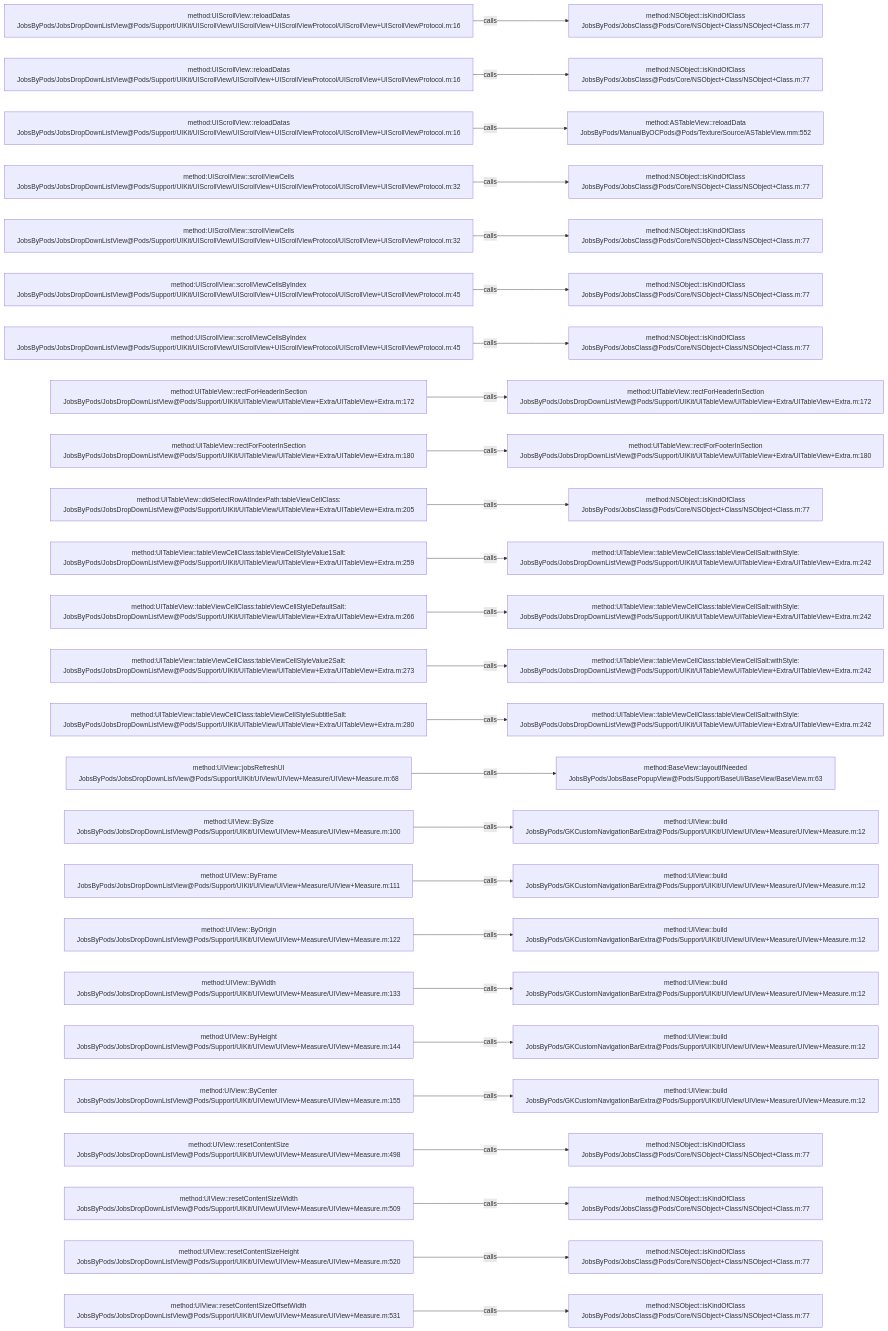
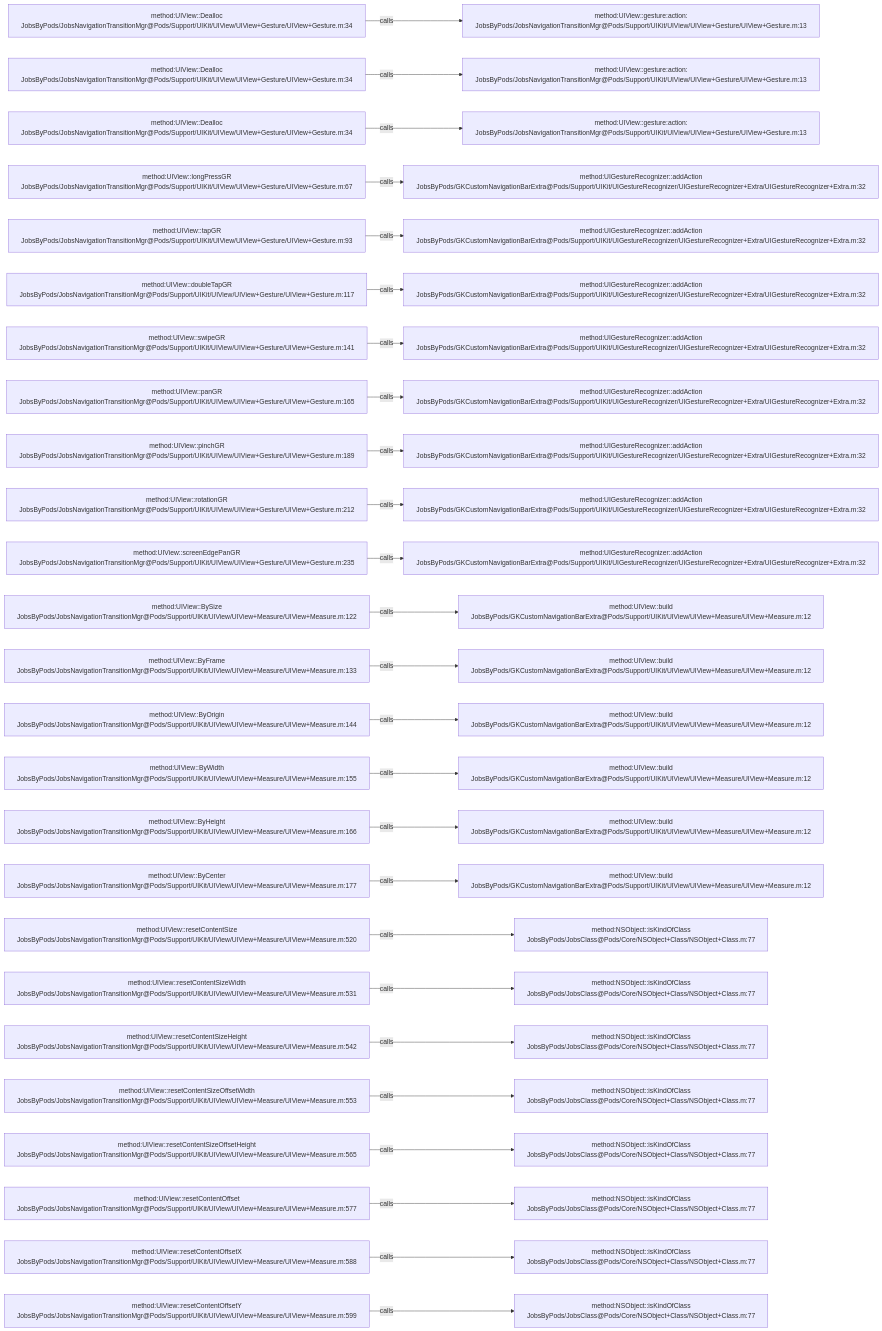
Before and after one commit to JobsKits/JobsOCBaseConfigDemo: the diagram in .codegraph/codegraph.md/graphs/calls-093.md, drawn with Mermaid. The commit also changed 573 other files, not shown here.

````diff
--- a/.codegraph/codegraph.md/graphs/calls-093.md
+++ b/.codegraph/codegraph.md/graphs/calls-093.md
@@ -13,78 +13,78 @@
 ```mermaid
 flowchart LR
-  S1["method:UIScrollView::reloadDatas<br/>JobsByPods/JobsDropDownListView@Pods/Support/UIKit/UIScrollView/UIScrollView+UIScrollViewProtocol/UIScrollView+UIScrollViewProtocol.m:16"]
-  T1["method:NSObject::isKindOfClass<br/>JobsByPods/JobsClass@Pods/Core/NSObject+Class/NSObject+Class.m:77"]
+  S1["method:UIView::Dealloc<br/>JobsByPods/JobsNavigationTransitionMgr@Pods/Support/UIKit/UIView/UIView+Gesture/UIView+Gesture.m:34"]
+  T1["method:UIView::gesture:action:<br/>JobsByPods/JobsNavigationTransitionMgr@Pods/Support/UIKit/UIView/UIView+Gesture/UIView+Gesture.m:13"]
   S1 -->|calls| T1
-  S2["method:UIScrollView::reloadDatas<br/>JobsByPods/JobsDropDownListView@Pods/Support/UIKit/UIScrollView/UIScrollView+UIScrollViewProtocol/UIScrollView+UIScrollViewProtocol.m:16"]
-  T2["method:NSObject::isKindOfClass<br/>JobsByPods/JobsClass@Pods/Core/NSObject+Class/NSObject+Class.m:77"]
+  S2["method:UIView::Dealloc<br/>JobsByPods/JobsNavigationTransitionMgr@Pods/Support/UIKit/UIView/UIView+Gesture/UIView+Gesture.m:34"]
+  T2["method:UIView::gesture:action:<br/>JobsByPods/JobsNavigationTransitionMgr@Pods/Support/UIKit/UIView/UIView+Gesture/UIView+Gesture.m:13"]
   S2 -->|calls| T2
-  S3["method:UIScrollView::reloadDatas<br/>JobsByPods/JobsDropDownListView@Pods/Support/UIKit/UIScrollView/UIScrollView+UIScrollViewProtocol/UIScrollView+UIScrollViewProtocol.m:16"]
-  T3["method:ASTableView::reloadData<br/>JobsByPods/ManualByOCPods@Pods/Texture/Source/ASTableView.mm:552"]
+  S3["method:UIView::Dealloc<br/>JobsByPods/JobsNavigationTransitionMgr@Pods/Support/UIKit/UIView/UIView+Gesture/UIView+Gesture.m:34"]
+  T3["method:UIView::gesture:action:<br/>JobsByPods/JobsNavigationTransitionMgr@Pods/Support/UIKit/UIView/UIView+Gesture/UIView+Gesture.m:13"]
   S3 -->|calls| T3
-  S4["method:UIScrollView::scrollViewCells<br/>JobsByPods/JobsDropDownListView@Pods/Support/UIKit/UIScrollView/UIScrollView+UIScrollViewProtocol/UIScrollView+UIScrollViewProtocol.m:32"]
-  T4["method:NSObject::isKindOfClass<br/>JobsByPods/JobsClass@Pods/Core/NSObject+Class/NSObject+Class.m:77"]
+  S4["method:UIView::longPressGR<br/>JobsByPods/JobsNavigationTransitionMgr@Pods/Support/UIKit/UIView/UIView+Gesture/UIView+Gesture.m:67"]
+  T4["method:UIGestureRecognizer::addAction<br/>JobsByPods/GKCustomNavigationBarExtra@Pods/Support/UIKit/UIGestureRecognizer/UIGestureRecognizer+Extra/UIGestureRecognizer+Extra.m:32"]
   S4 -->|calls| T4
-  S5["method:UIScrollView::scrollViewCells<br/>JobsByPods/JobsDropDownListView@Pods/Support/UIKit/UIScrollView/UIScrollView+UIScrollViewProtocol/UIScrollView+UIScrollViewProtocol.m:32"]
-  T5["method:NSObject::isKindOfClass<br/>JobsByPods/JobsClass@Pods/Core/NSObject+Class/NSObject+Class.m:77"]
+  S5["method:UIView::tapGR<br/>JobsByPods/JobsNavigationTransitionMgr@Pods/Support/UIKit/UIView/UIView+Gesture/UIView+Gesture.m:93"]
+  T5["method:UIGestureRecognizer::addAction<br/>JobsByPods/GKCustomNavigationBarExtra@Pods/Support/UIKit/UIGestureRecognizer/UIGestureRecognizer+Extra/UIGestureRecognizer+Extra.m:32"]
   S5 -->|calls| T5
-  S6["method:UIScrollView::scrollViewCellsByIndex<br/>JobsByPods/JobsDropDownListView@Pods/Support/UIKit/UIScrollView/UIScrollView+UIScrollViewProtocol/UIScrollView+UIScrollViewProtocol.m:45"]
-  T6["method:NSObject::isKindOfClass<br/>JobsByPods/JobsClass@Pods/Core/NSObject+Class/NSObject+Class.m:77"]
+  S6["method:UIView::doubleTapGR<br/>JobsByPods/JobsNavigationTransitionMgr@Pods/Support/UIKit/UIView/UIView+Gesture/UIView+Gesture.m:117"]
+  T6["method:UIGestureRecognizer::addAction<br/>JobsByPods/GKCustomNavigationBarExtra@Pods/Support/UIKit/UIGestureRecognizer/UIGestureRecognizer+Extra/UIGestureRecognizer+Extra.m:32"]
   S6 -->|calls| T6
-  S7["method:UIScrollView::scrollViewCellsByIndex<br/>JobsByPods/JobsDropDownListView@Pods/Support/UIKit/UIScrollView/UIScrollView+UIScrollViewProtocol/UIScrollView+UIScrollViewProtocol.m:45"]
-  T7["method:NSObject::isKindOfClass<br/>JobsByPods/JobsClass@Pods/Core/NSObject+Class/NSObject+Class.m:77"]
+  S7["method:UIView::swipeGR<br/>JobsByPods/JobsNavigationTransitionMgr@Pods/Support/UIKit/UIView/UIView+Gesture/UIView+Gesture.m:141"]
+  T7["method:UIGestureRecognizer::addAction<br/>JobsByPods/GKCustomNavigationBarExtra@Pods/Support/UIKit/UIGestureRecognizer/UIGestureRecognizer+Extra/UIGestureRecognizer+Extra.m:32"]
   S7 -->|calls| T7
-  S8["method:UITableView::rectForHeaderInSection<br/>JobsByPods/JobsDropDownListView@Pods/Support/UIKit/UITableView/UITableView+Extra/UITableView+Extra.m:172"]
-  T8["method:UITableView::rectForHeaderInSection<br/>JobsByPods/JobsDropDownListView@Pods/Support/UIKit/UITableView/UITableView+Extra/UITableView+Extra.m:172"]
+  S8["method:UIView::panGR<br/>JobsByPods/JobsNavigationTransitionMgr@Pods/Support/UIKit/UIView/UIView+Gesture/UIView+Gesture.m:165"]
+  T8["method:UIGestureRecognizer::addAction<br/>JobsByPods/GKCustomNavigationBarExtra@Pods/Support/UIKit/UIGestureRecognizer/UIGestureRecognizer+Extra/UIGestureRecognizer+Extra.m:32"]
   S8 -->|calls| T8
-  S9["method:UITableView::rectForFooterInSection<br/>JobsByPods/JobsDropDownListView@Pods/Support/UIKit/UITableView/UITableView+Extra/UITableView+Extra.m:180"]
-  T9["method:UITableView::rectForFooterInSection<br/>JobsByPods/JobsDropDownListView@Pods/Support/UIKit/UITableView/UITableView+Extra/UITableView+Extra.m:180"]
+  S9["method:UIView::pinchGR<br/>JobsByPods/JobsNavigationTransitionMgr@Pods/Support/UIKit/UIView/UIView+Gesture/UIView+Gesture.m:189"]
+  T9["method:UIGestureRecognizer::addAction<br/>JobsByPods/GKCustomNavigationBarExtra@Pods/Support/UIKit/UIGestureRecognizer/UIGestureRecognizer+Extra/UIGestureRecognizer+Extra.m:32"]
   S9 -->|calls| T9
-  S10["method:UITableView::didSelectRowAtIndexPath:tableViewCellClass:<br/>JobsByPods/JobsDropDownListView@Pods/Support/UIKit/UITableView/UITableView+Extra/UITableView+Extra.m:205"]
-  T10["method:NSObject::isKindOfClass<br/>JobsByPods/JobsClass@Pods/Core/NSObject+Class/NSObject+Class.m:77"]
+  S10["method:UIView::rotationGR<br/>JobsByPods/JobsNavigationTransitionMgr@Pods/Support/UIKit/UIView/UIView+Gesture/UIView+Gesture.m:212"]
+  T10["method:UIGestureRecognizer::addAction<br/>JobsByPods/GKCustomNavigationBarExtra@Pods/Support/UIKit/UIGestureRecognizer/UIGestureRecognizer+Extra/UIGestureRecognizer+Extra.m:32"]
   S10 -->|calls| T10
-  S11["method:UITableView::tableViewCellClass:tableViewCellStyleValue1Salt:<br/>JobsByPods/JobsDropDownListView@Pods/Support/UIKit/UITableView/UITableView+Extra/UITableView+Extra.m:259"]
-  T11["method:UITableView::tableViewCellClass:tableViewCellSalt:withStyle:<br/>JobsByPods/JobsDropDownListView@Pods/Support/UIKit/UITableView/UITableView+Extra/UITableView+Extra.m:242"]
+  S11["method:UIView::screenEdgePanGR<br/>JobsByPods/JobsNavigationTransitionMgr@Pods/Support/UIKit/UIView/UIView+Gesture/UIView+Gesture.m:235"]
+  T11["method:UIGestureRecognizer::addAction<br/>JobsByPods/GKCustomNavigationBarExtra@Pods/Support/UIKit/UIGestureRecognizer/UIGestureRecognizer+Extra/UIGestureRecognizer+Extra.m:32"]
   S11 -->|calls| T11
-  S12["method:UITableView::tableViewCellClass:tableViewCellStyleDefaultSalt:<br/>JobsByPods/JobsDropDownListView@Pods/Support/UIKit/UITableView/UITableView+Extra/UITableView+Extra.m:266"]
-  T12["method:UITableView::tableViewCellClass:tableViewCellSalt:withStyle:<br/>JobsByPods/JobsDropDownListView@Pods/Support/UIKit/UITableView/UITableView+Extra/UITableView+Extra.m:242"]
+  S12["method:UIView::BySize<br/>JobsByPods/JobsNavigationTransitionMgr@Pods/Support/UIKit/UIView/UIView+Measure/UIView+Measure.m:122"]
+  T12["method:UIView::build<br/>JobsByPods/GKCustomNavigationBarExtra@Pods/Support/UIKit/UIView/UIView+Measure/UIView+Measure.m:12"]
   S12 -->|calls| T12
-  S13["method:UITableView::tableViewCellClass:tableViewCellStyleValue2Salt:<br/>JobsByPods/JobsDropDownListView@Pods/Support/UIKit/UITableView/UITableView+Extra/UITableView+Extra.m:273"]
-  T13["method:UITableView::tableViewCellClass:tableViewCellSalt:withStyle:<br/>JobsByPods/JobsDropDownListView@Pods/Support/UIKit/UITableView/UITableView+Extra/UITableView+Extra.m:242"]
+  S13["method:UIView::ByFrame<br/>JobsByPods/JobsNavigationTransitionMgr@Pods/Support/UIKit/UIView/UIView+Measure/UIView+Measure.m:133"]
+  T13["method:UIView::build<br/>JobsByPods/GKCustomNavigationBarExtra@Pods/Support/UIKit/UIView/UIView+Measure/UIView+Measure.m:12"]
   S13 -->|calls| T13
-  S14["method:UITableView::tableViewCellClass:tableViewCellStyleSubtitleSalt:<br/>JobsByPods/JobsDropDownListView@Pods/Support/UIKit/UITableView/UITableView+Extra/UITableView+Extra.m:280"]
-  T14["method:UITableView::tableViewCellClass:tableViewCellSalt:withStyle:<br/>JobsByPods/JobsDropDownListView@Pods/Support/UIKit/UITableView/UITableView+Extra/UITableView+Extra.m:242"]
+  S14["method:UIView::ByOrigin<br/>JobsByPods/JobsNavigationTransitionMgr@Pods/Support/UIKit/UIView/UIView+Measure/UIView+Measure.m:144"]
+  T14["method:UIView::build<br/>JobsByPods/GKCustomNavigationBarExtra@Pods/Support/UIKit/UIView/UIView+Measure/UIView+Measure.m:12"]
   S14 -->|calls| T14
-  S15["method:UIView::jobsRefreshUI<br/>JobsByPods/JobsDropDownListView@Pods/Support/UIKit/UIView/UIView+Measure/UIView+Measure.m:68"]
-  T15["method:BaseView::layoutIfNeeded<br/>JobsByPods/JobsBasePopupView@Pods/Support/BaseUI/BaseView/BaseView.m:63"]
+  S15["method:UIView::ByWidth<br/>JobsByPods/JobsNavigationTransitionMgr@Pods/Support/UIKit/UIView/UIView+Measure/UIView+Measure.m:155"]
+  T15["method:UIView::build<br/>JobsByPods/GKCustomNavigationBarExtra@Pods/Support/UIKit/UIView/UIView+Measure/UIView+Measure.m:12"]
   S15 -->|calls| T15
-  S16["method:UIView::BySize<br/>JobsByPods/JobsDropDownListView@Pods/Support/UIKit/UIView/UIView+Measure/UIView+Measure.m:100"]
+  S16["method:UIView::ByHeight<br/>JobsByPods/JobsNavigationTransitionMgr@Pods/Support/UIKit/UIView/UIView+Measure/UIView+Measure.m:166"]
   T16["method:UIView::build<br/>JobsByPods/GKCustomNavigationBarExtra@Pods/Support/UIKit/UIView/UIView+Measure/UIView+Measure.m:12"]
   S16 -->|calls| T16
-  S17["method:UIView::ByFrame<br/>JobsByPods/JobsDropDownListView@Pods/Support/UIKit/UIView/UIView+Measure/UIView+Measure.m:111"]
+  S17["method:UIView::ByCenter<br/>JobsByPods/JobsNavigationTransitionMgr@Pods/Support/UIKit/UIView/UIView+Measure/UIView+Measure.m:177"]
   T17["method:UIView::build<br/>JobsByPods/GKCustomNavigationBarExtra@Pods/Support/UIKit/UIView/UIView+Measure/UIView+Measure.m:12"]
   S17 -->|calls| T17
-  S18["method:UIView::ByOrigin<br/>JobsByPods/JobsDropDownListView@Pods/Support/UIKit/UIView/UIView+Measure/UIView+Measure.m:122"]
-  T18["method:UIView::build<br/>JobsByPods/GKCustomNavigationBarExtra@Pods/Support/UIKit/UIView/UIView+Measure/UIView+Measure.m:12"]
+  S18["method:UIView::resetContentSize<br/>JobsByPods/JobsNavigationTransitionMgr@Pods/Support/UIKit/UIView/UIView+Measure/UIView+Measure.m:520"]
+  T18["method:NSObject::isKindOfClass<br/>JobsByPods/JobsClass@Pods/Core/NSObject+Class/NSObject+Class.m:77"]
   S18 -->|calls| T18
-  S19["method:UIView::ByWidth<br/>JobsByPods/JobsDropDownListView@Pods/Support/UIKit/UIView/UIView+Measure/UIView+Measure.m:133"]
-  T19["method:UIView::build<br/>JobsByPods/GKCustomNavigationBarExtra@Pods/Support/UIKit/UIView/UIView+Measure/UIView+Measure.m:12"]
+  S19["method:UIView::resetContentSizeWidth<br/>JobsByPods/JobsNavigationTransitionMgr@Pods/Support/UIKit/UIView/UIView+Measure/UIView+Measure.m:531"]
+  T19["method:NSObject::isKindOfClass<br/>JobsByPods/JobsClass@Pods/Core/NSObject+Class/NSObject+Class.m:77"]
   S19 -->|calls| T19
-  S20["method:UIView::ByHeight<br/>JobsByPods/JobsDropDownListView@Pods/Support/UIKit/UIView/UIView+Measure/UIView+Measure.m:144"]
-  T20["method:UIView::build<br/>JobsByPods/GKCustomNavigationBarExtra@Pods/Support/UIKit/UIView/UIView+Measure/UIView+Measure.m:12"]
+  S20["method:UIView::resetContentSizeHeight<br/>JobsByPods/JobsNavigationTransitionMgr@Pods/Support/UIKit/UIView/UIView+Measure/UIView+Measure.m:542"]
+  T20["method:NSObject::isKindOfClass<br/>JobsByPods/JobsClass@Pods/Core/NSObject+Class/NSObject+Class.m:77"]
   S20 -->|calls| T20
-  S21["method:UIView::ByCenter<br/>JobsByPods/JobsDropDownListView@Pods/Support/UIKit/UIView/UIView+Measure/UIView+Measure.m:155"]
-  T21["method:UIView::build<br/>JobsByPods/GKCustomNavigationBarExtra@Pods/Support/UIKit/UIView/UIView+Measure/UIView+Measure.m:12"]
+  S21["method:UIView::resetContentSizeOffsetWidth<br/>JobsByPods/JobsNavigationTransitionMgr@Pods/Support/UIKit/UIView/UIView+Measure/UIView+Measure.m:553"]
+  T21["method:NSObject::isKindOfClass<br/>JobsByPods/JobsClass@Pods/Core/NSObject+Class/NSObject+Class.m:77"]
   S21 -->|calls| T21
-  S22["method:UIView::resetContentSize<br/>JobsByPods/JobsDropDownListView@Pods/Support/UIKit/UIView/UIView+Measure/UIView+Measure.m:498"]
+  S22["method:UIView::resetContentSizeOffsetHeight<br/>JobsByPods/JobsNavigationTransitionMgr@Pods/Support/UIKit/UIView/UIView+Measure/UIView+Measure.m:565"]
   T22["method:NSObject::isKindOfClass<br/>JobsByPods/JobsClass@Pods/Core/NSObject+Class/NSObject+Class.m:77"]
   S22 -->|calls| T22
-  S23["method:UIView::resetContentSizeWidth<br/>JobsByPods/JobsDropDownListView@Pods/Support/UIKit/UIView/UIView+Measure/UIView+Measure.m:509"]
+  S23["method:UIView::resetContentOffset<br/>JobsByPods/JobsNavigationTransitionMgr@Pods/Support/UIKit/UIView/UIView+Measure/UIView+Measure.m:577"]
   T23["method:NSObject::isKindOfClass<br/>JobsByPods/JobsClass@Pods/Core/NSObject+Class/NSObject+Class.m:77"]
   S23 -->|calls| T23
-  S24["method:UIView::resetContentSizeHeight<br/>JobsByPods/JobsDropDownListView@Pods/Support/UIKit/UIView/UIView+Measure/UIView+Measure.m:520"]
+  S24["method:UIView::resetContentOffsetX<br/>JobsByPods/JobsNavigationTransitionMgr@Pods/Support/UIKit/UIView/UIView+Measure/UIView+Measure.m:588"]
   T24["method:NSObject::isKindOfClass<br/>JobsByPods/JobsClass@Pods/Core/NSObject+Class/NSObject+Class.m:77"]
   S24 -->|calls| T24
-  S25["method:UIView::resetContentSizeOffsetWidth<br/>JobsByPods/JobsDropDownListView@Pods/Support/UIKit/UIView/UIView+Measure/UIView+Measure.m:531"]
+  S25["method:UIView::resetContentOffsetY<br/>JobsByPods/JobsNavigationTransitionMgr@Pods/Support/UIKit/UIView/UIView+Measure/UIView+Measure.m:599"]
   T25["method:NSObject::isKindOfClass<br/>JobsByPods/JobsClass@Pods/Core/NSObject+Class/NSObject+Class.m:77"]
   S25 -->|calls| T25
 ```
````
